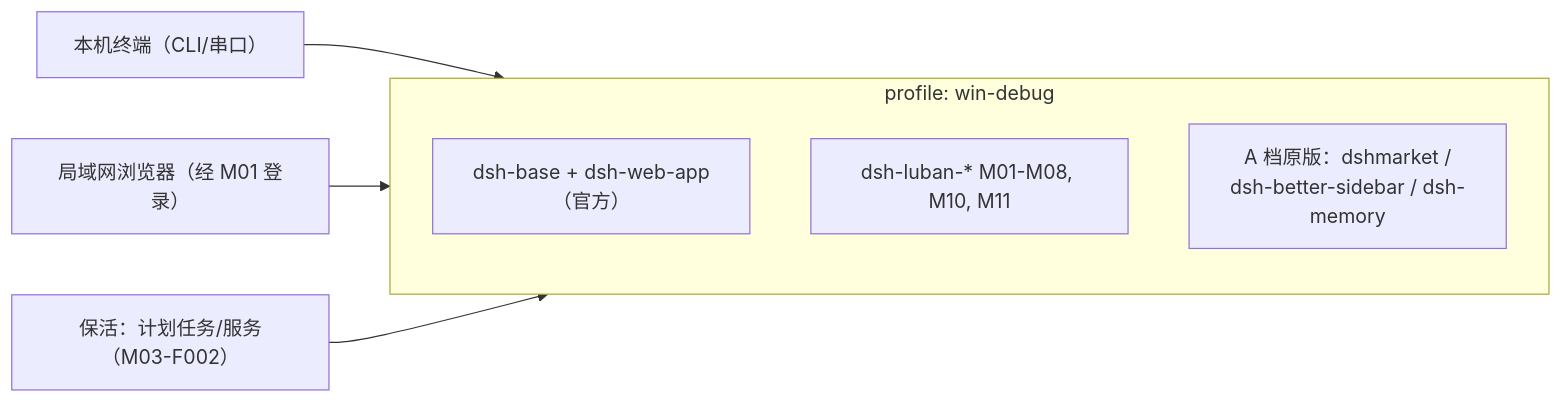
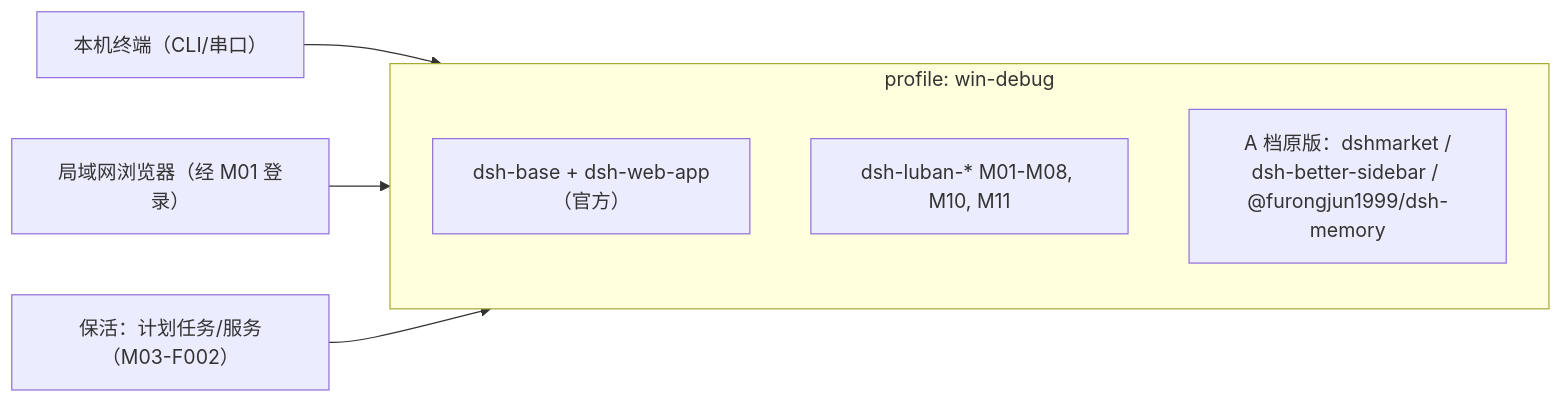
One commit to yin52133/dsh-luban changed the diagram in design/05-deployment/deploy-windows.md. Above: the diagram before and after it, drawn with Mermaid. The commit also changed other lines of this file and 9 other files, not shown here.

````diff
--- a/design/05-deployment/deploy-windows.md
+++ b/design/05-deployment/deploy-windows.md
@@ -15,11 +16,11 @@
 ```mermaid
 flowchart LR
     subgraph P["profile: win-debug"]
         D["dsh-base + dsh-web-app（官方）"]
         L["dsh-luban-* M01-M08, M10, M11"]
-        A["A 档原版：dshmarket /<br/>dsh-better-sidebar / dsh-memory"]
+        A["A 档原版：dshmarket /<br/>dsh-better-sidebar / @furongjun1999/dsh-memory"]
     end
     T["本机终端（CLI/串口）"] --> P
     B["局域网浏览器（经 M01 登录）"] --> P
     K["保活：计划任务/服务（M03-F002）"] --> P
 ```
````
